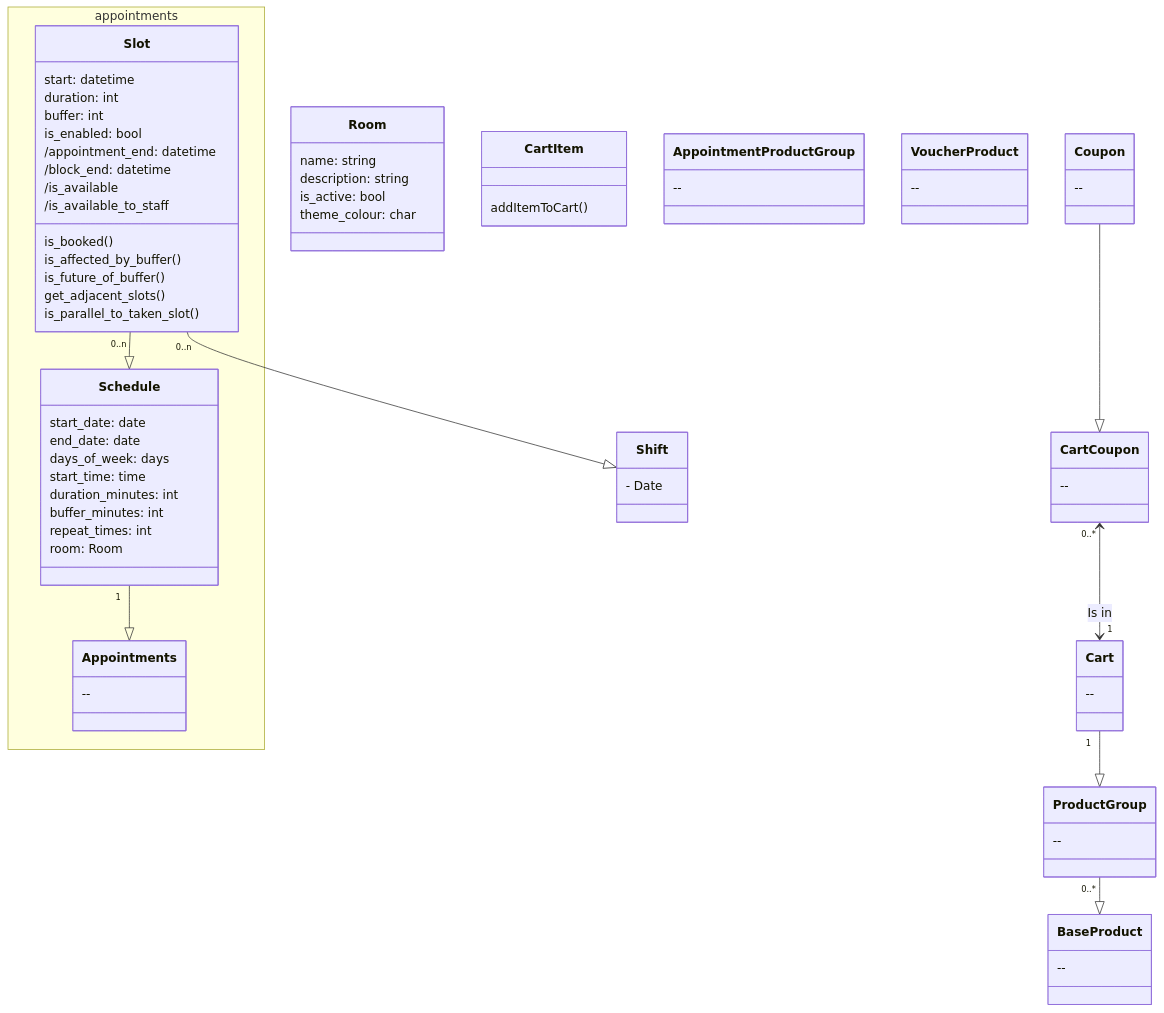
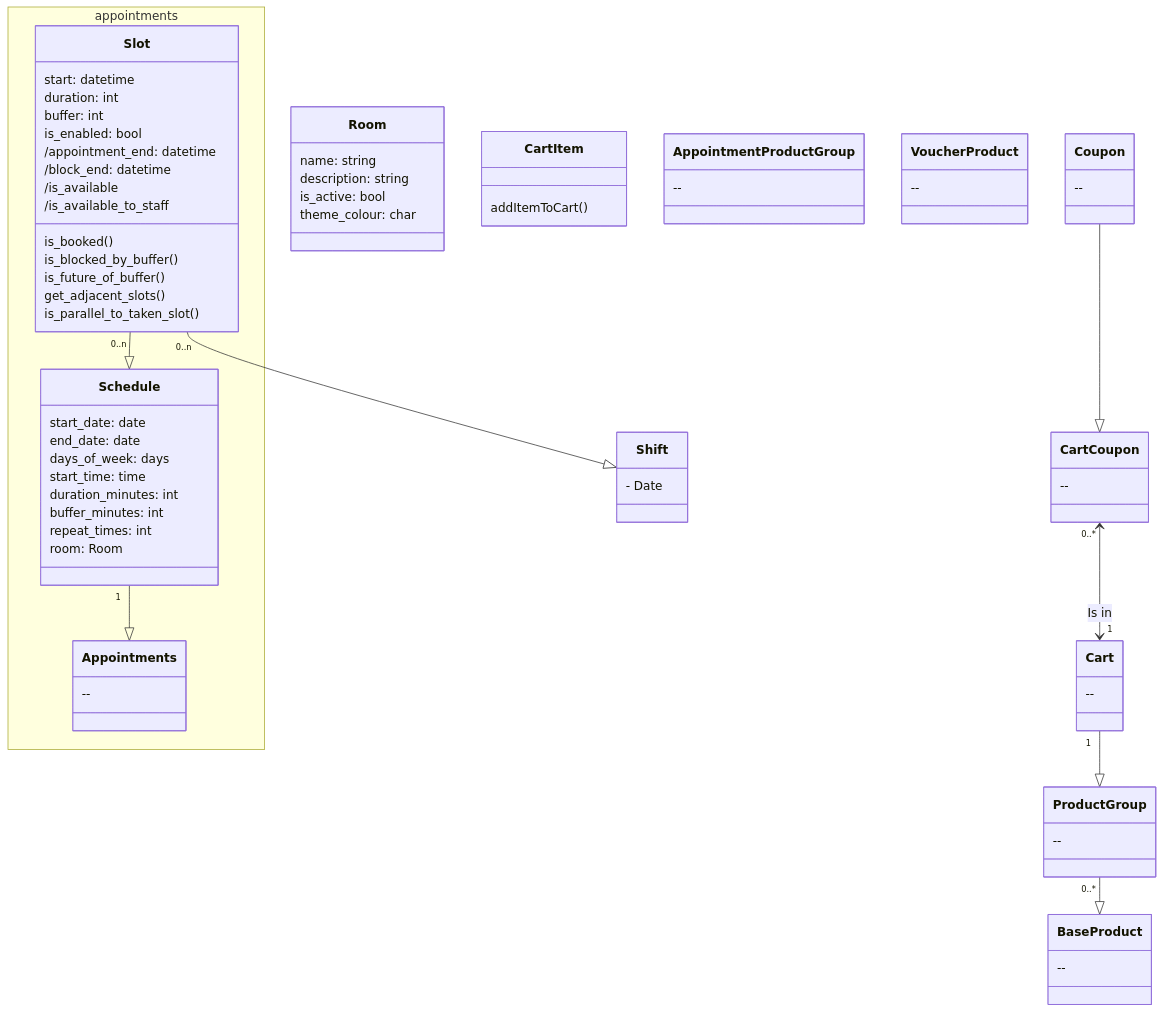
The diagram in design/MODELS.md (aadrm/escape-room-booking), drawn with Mermaid before and after one commit. The commit also changed 359 other files, not shown here.

```diff
--- a/design/MODELS.md
+++ b/design/MODELS.md
@@ -44,7 +44,7 @@
         /is_available_to_staff
 
         is_booked()
-        is_affected_by_buffer()
+        is_blocked_by_buffer()
         is_future_of_buffer()
         get_adjacent_slots()
         is_parallel_to_taken_slot()
```
